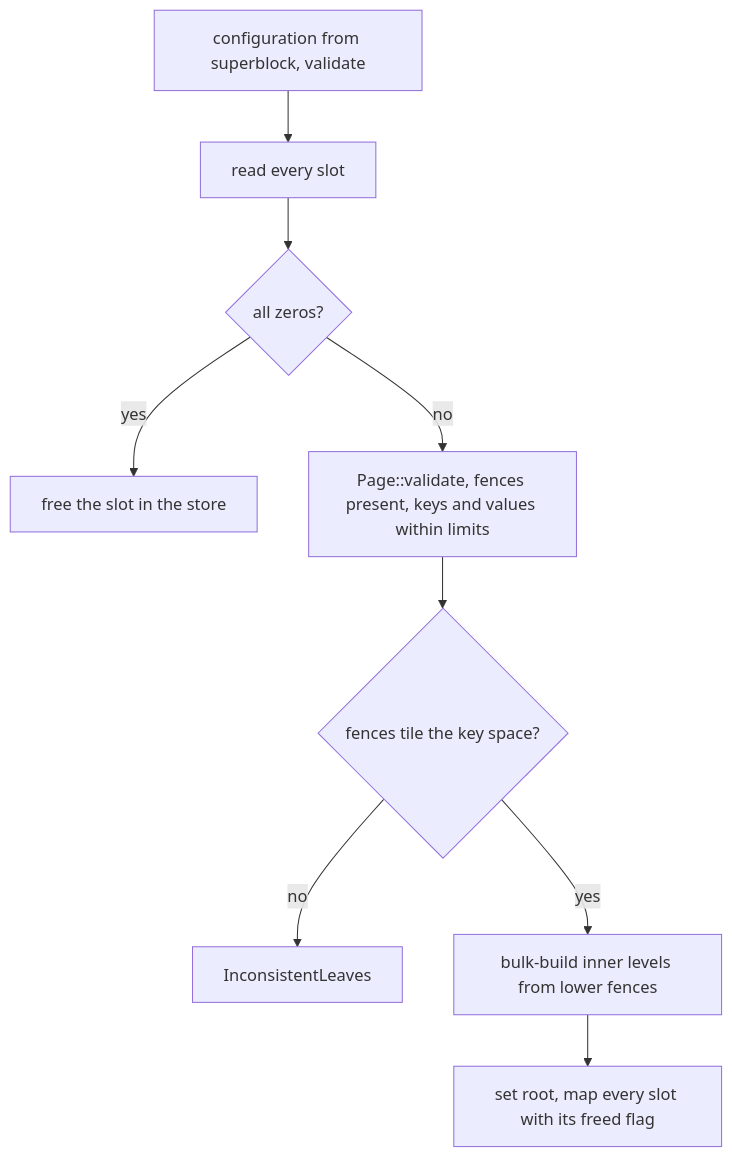
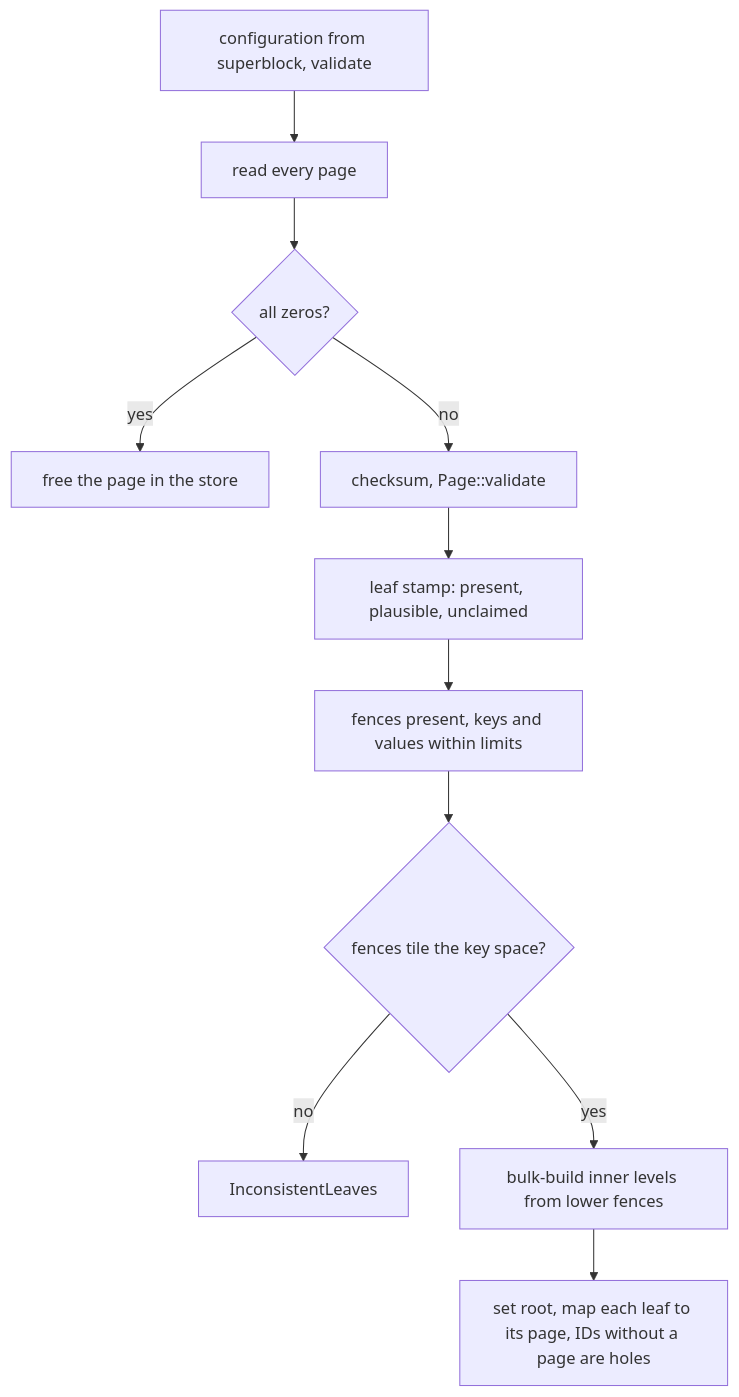
One commit to raydatray/peppydb changed the second of 2 diagrams in docs/design/bf-tree-leaf-store.md. Above: the diagram before and after it, drawn with Mermaid. The commit also changed other lines of this file and 9 other files, not shown here.

````diff
--- a/docs/design/bf-tree-leaf-store.md
+++ b/docs/design/bf-tree-leaf-store.md
@@ -286,11 +357,13 @@
 ```mermaid
 flowchart TD
-    S[configuration from superblock, validate] --> V[read every slot]
+    S["configuration from superblock, validate"] --> V[read every page]
     V --> Z{all zeros?}
-    Z -->|yes| F[free the slot in the store]
-    Z -->|no| P[Page::validate, fences present, keys and values within limits]
+    Z -->|yes| F[free the page in the store]
+    Z -->|no| C["checksum, Page::validate"]
+    C --> L["leaf stamp: present, plausible, unclaimed"]
+    L --> P["fences present, keys and values within limits"]
     P --> T{fences tile the key space?}
     T -->|no| E[InconsistentLeaves]
     T -->|yes| B[bulk-build inner levels from lower fences]
-    B --> R[set root, map every slot with its freed flag]
+    B --> R["set root, map each leaf to its page, IDs without a page are holes"]
 ```
````
